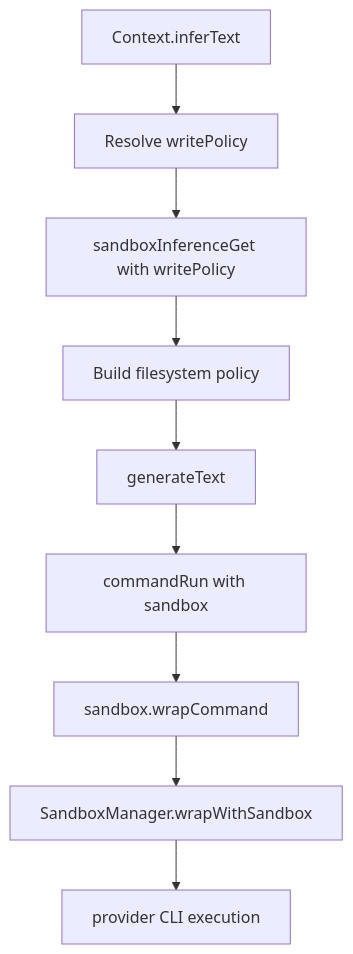
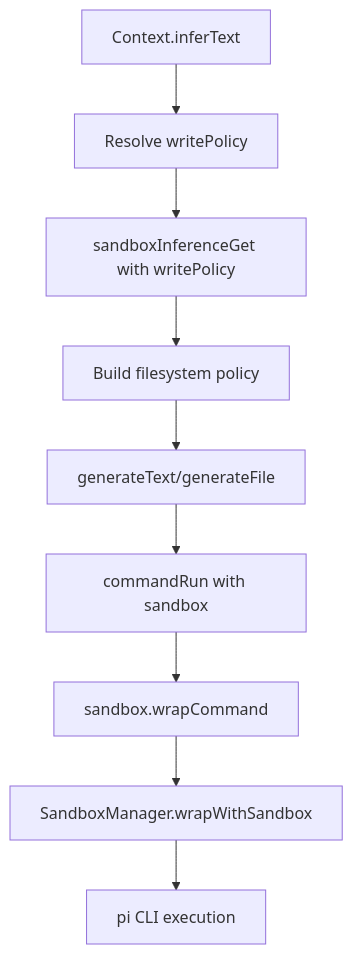
Before and after one commit to ex3ndr/holdmybeer: the diagram in doc/inference-sandbox.md, drawn with Mermaid. The commit also changed other lines of this file and 11 other files, not shown here.

````diff
--- a/doc/inference-sandbox.md
+++ b/doc/inference-sandbox.md
@@ -19,11 +18,11 @@
 ```mermaid
 flowchart TD
   A[Context.inferText] --> B[Resolve writePolicy]
   B --> C[sandboxInferenceGet with writePolicy]
   C --> D[Build filesystem policy]
-  D --> E[generateText]
+  D --> E[generateText/generateFile]
   E --> F[commandRun with sandbox]
   F --> G[sandbox.wrapCommand]
   G --> H[SandboxManager.wrapWithSandbox]
-  H --> I[provider CLI execution]
+  H --> I[pi CLI execution]
 ```
````
